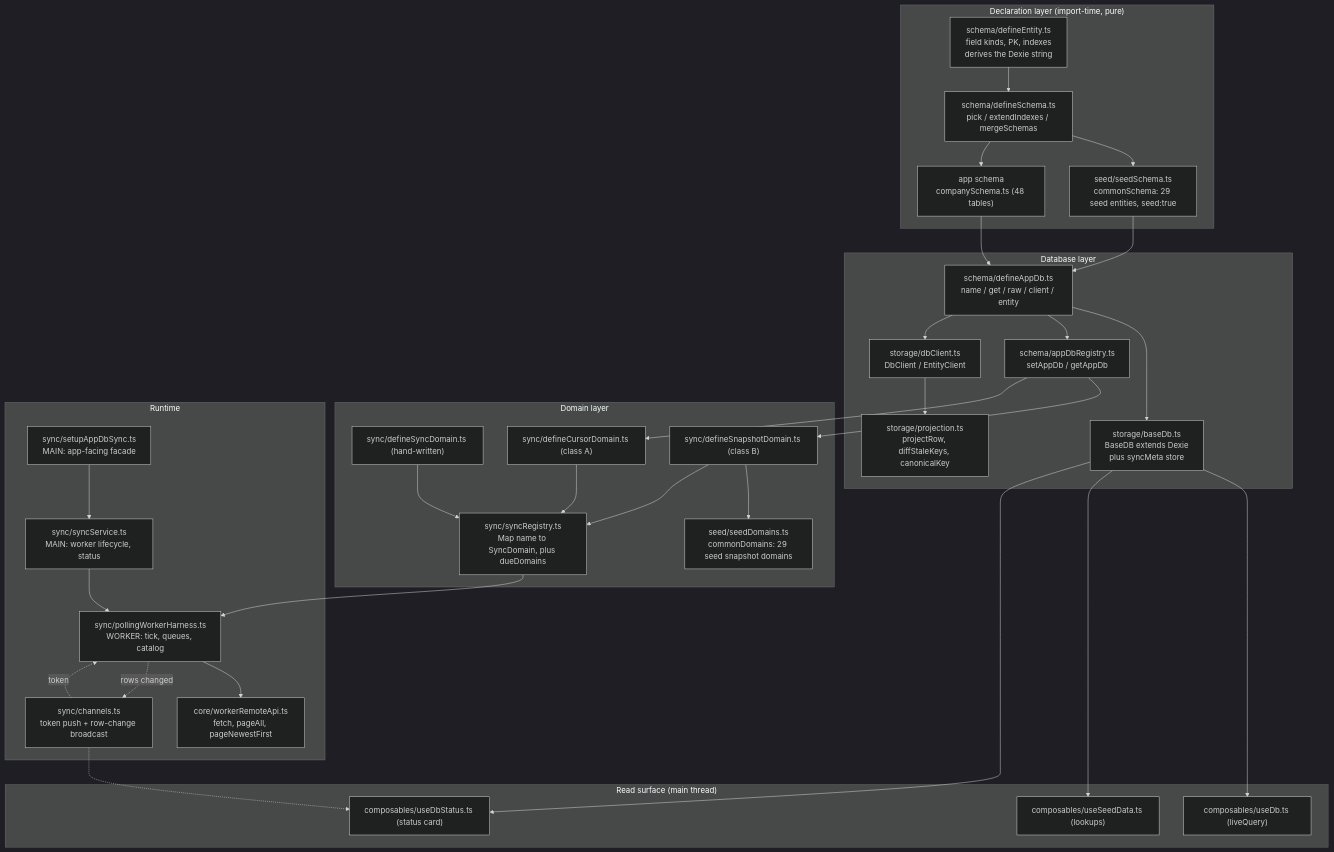
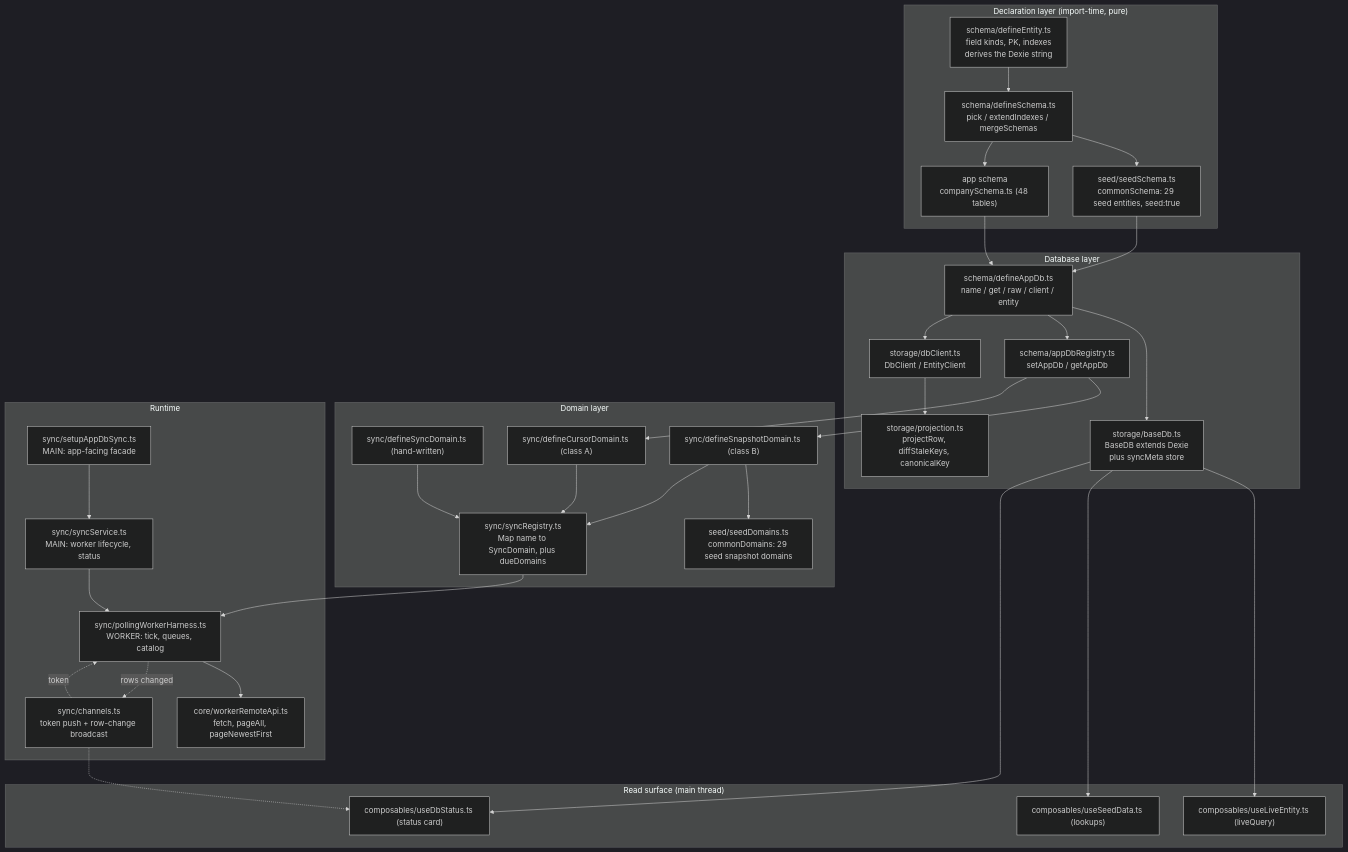
Before and after one commit to hotwax/accxui: the first of 5 diagrams in docs/APP_DB_ARCHITECTURE.md, drawn with Mermaid (dark theme). The commit also changed other lines of this file and 31 other files, not shown here.

Commit message:
Improved: Made dbClient the single access layer to the app database, with schema-level table names and a build-time data-access lint gate.

````diff
--- a/docs/APP_DB_ARCHITECTURE.md
+++ b/docs/APP_DB_ARCHITECTURE.md
@@ -118,64 +118,64 @@
 ```mermaid
 graph TB
     subgraph decl["Declaration layer (import-time, pure)"]
         DE["schema/defineEntity.ts<br/>field kinds, PK, indexes<br/>derives the Dexie string"]
         DS["schema/defineSchema.ts<br/>pick / extendIndexes / mergeSchemas"]
         CS["seed/seedSchema.ts<br/>commonSchema: 29 seed entities, seed:true"]
         AS["app schema<br/>companySchema.ts (48 tables)"]
     end
 
     subgraph dbl["Database layer"]
         DAD["schema/defineAppDb.ts<br/>name / get / raw / client / entity"]
         BDB["storage/baseDb.ts<br/>BaseDB extends Dexie<br/>plus syncMeta store"]
         REG["schema/appDbRegistry.ts<br/>setAppDb / getAppDb"]
         DC["storage/dbClient.ts<br/>DbClient / EntityClient"]
         PR["storage/projection.ts<br/>projectRow, diffStaleKeys, canonicalKey"]
     end
 
     subgraph dom["Domain layer"]
         DSD["sync/defineSyncDomain.ts (hand-written)"]
         DSN["sync/defineSnapshotDomain.ts (class B)"]
         DCD["sync/defineCursorDomain.ts (class A)"]
         CD["seed/seedDomains.ts<br/>commonDomains: 29 seed snapshot domains"]
         SR["sync/syncRegistry.ts<br/>Map name to SyncDomain, plus dueDomains"]
     end
 
     subgraph rt["Runtime"]
         WH["sync/pollingWorkerHarness.ts<br/>WORKER: tick, queues, catalog"]
         WRA["core/workerRemoteApi.ts<br/>fetch, pageAll, pageNewestFirst"]
         SS["sync/syncService.ts<br/>MAIN: worker lifecycle, status"]
         SAS["sync/setupAppDbSync.ts<br/>MAIN: app-facing facade"]
         TC["sync/channels.ts<br/>token push + row-change broadcast"]
     end
 
     subgraph read["Read surface (main thread)"]
-        UD["composables/useDb.ts (liveQuery)"]
+        UD["composables/useLiveEntity.ts (liveQuery)"]
         USD["composables/useSeedData.ts (lookups)"]
         UDS["composables/useDbStatus.ts (status card)"]
     end
 
     DE --> DS --> CS
     DS --> AS
     CS --> DAD
     AS --> DAD
     DAD --> BDB
     DAD --> REG
     DAD --> DC
     DC --> PR
     REG --> DSN
     REG --> DCD
     DSN --> CD
     DSD --> SR
     DSN --> SR
     DCD --> SR
     SR --> WH
     WH --> WRA
     SS --> WH
     SAS --> SS
     TC -.token.-> WH
     WH -.rows changed.-> TC
     TC -.-> UDS
     BDB --> UD
     BDB --> USD
     BDB --> UDS
 ```
````
